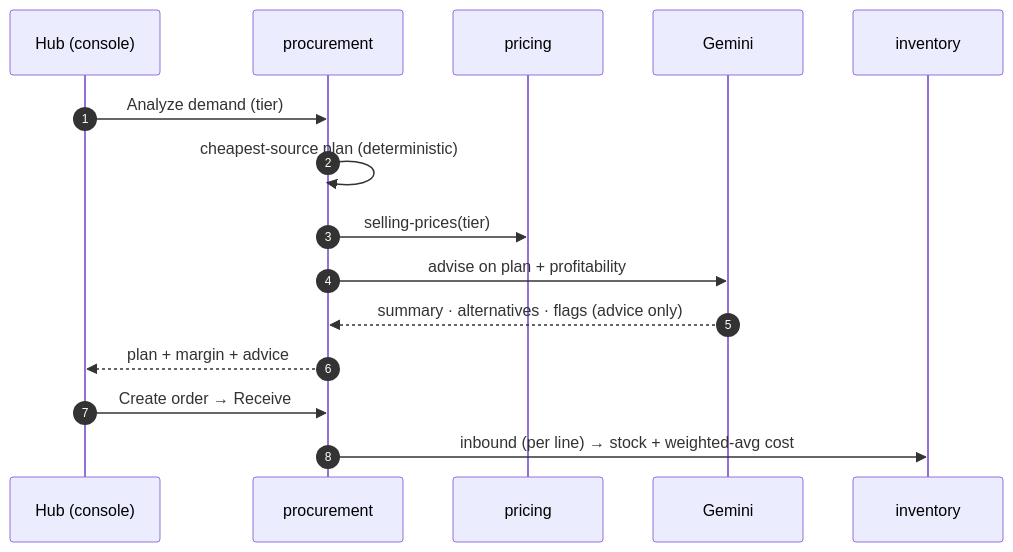
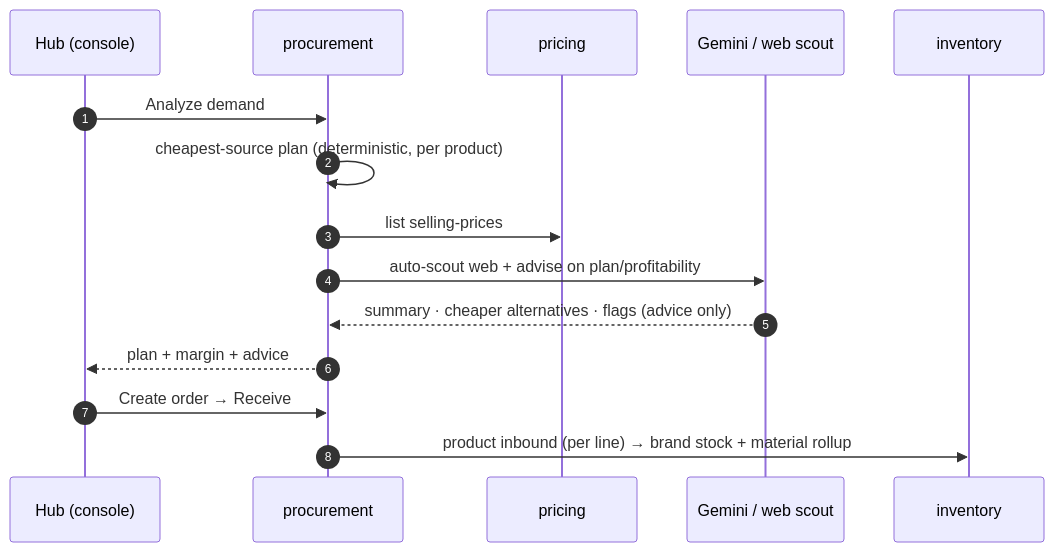
Before and after one commit to Tadipartirohith/CONSMAT-AI-V1: the second of 4 diagrams in docs/HLD.md, drawn with Mermaid. The commit also changed other lines of this file and 3 other files, not shown here.

````diff
--- a/docs/HLD.md
+++ b/docs/HLD.md
@@ -149,17 +166,17 @@
 ```mermaid
 sequenceDiagram
     autonumber
     participant H as Hub (console)
     participant PR as procurement
     participant PC as pricing
-    participant LLM as Gemini
+    participant LLM as Gemini / web scout
     participant INV as inventory
-    H->>PR: Analyze demand (tier)
-    PR->>PR: cheapest-source plan (deterministic)
-    PR->>PC: selling-prices(tier)
-    PR->>LLM: advise on plan + profitability
-    LLM-->>PR: summary · alternatives · flags (advice only)
+    H->>PR: Analyze demand
+    PR->>PR: cheapest-source plan (deterministic, per product)
+    PR->>PC: list selling-prices
+    PR->>LLM: auto-scout web + advise on plan/profitability
+    LLM-->>PR: summary · cheaper alternatives · flags (advice only)
     PR-->>H: plan + margin + advice
     H->>PR: Create order → Receive
-    PR->>INV: inbound (per line) → stock + weighted-avg cost
+    PR->>INV: product inbound (per line) → brand stock + material rollup
 ```
````
